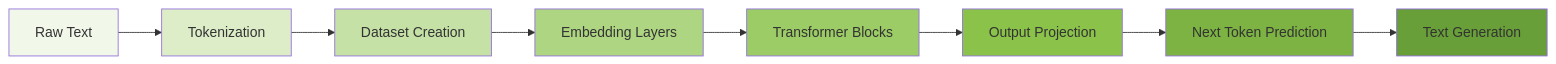
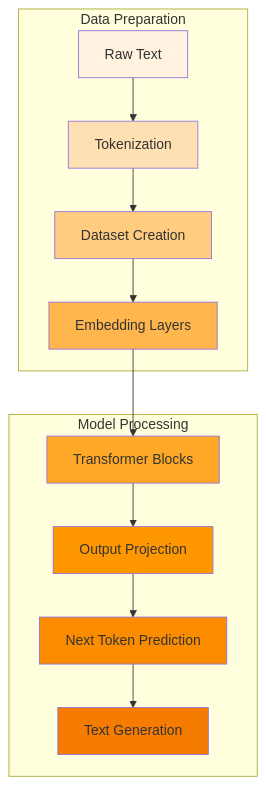
Before and after one commit to Chaklader/flower-image-classifier: diagram 16 of 16 in C_4.md, drawn with Mermaid. The commit also changed other lines of this file, not shown here.

````diff
--- a/C_4.md
+++ b/C_4.md
@@ -6409,19 +6409,33 @@
 ```mermaid
-graph LR
-    A["Raw Text"] --> B["Tokenization"]
-    B --> C["Dataset Creation"]
-    C --> D["Embedding Layers"]
-    D --> E["Transformer Blocks"]
-    E --> F["Output Projection"]
-    F --> G["Next Token Prediction"]
-    G --> H["Text Generation"]
+graph TD
+    subgraph COL1 ["Data Preparation"]
+        A["Raw Text"]
+        B["Tokenization"]
+        C["Dataset Creation"]
+        D["Embedding Layers"]
+    end
 
-    style A fill:#F1F8E9
-    style B fill:#DCEDC8
-    style C fill:#C5E1A5
-    style D fill:#AED581
-    style E fill:#9CCC65
-    style F fill:#8BC34A
-    style G fill:#7CB342
-    style H fill:#689F38
+    subgraph COL2 ["Model Processing"]
+        E["Transformer Blocks"]
+        F["Output Projection"]
+        G["Next Token Prediction"]
+        H["Text Generation"]
+    end
+
+    A --> B
+    B --> C
+    C --> D
+    D --> E
+    E --> F
+    F --> G
+    G --> H
+
+style A fill:#FFF3E0
+style B fill:#FFE0B2
+style C fill:#FFCC80
+style D fill:#FFB74D
+style E fill:#FFA726
+style F fill:#FF9800
+style G fill:#FB8C00
+style H fill:#F57C00
 ```
````
